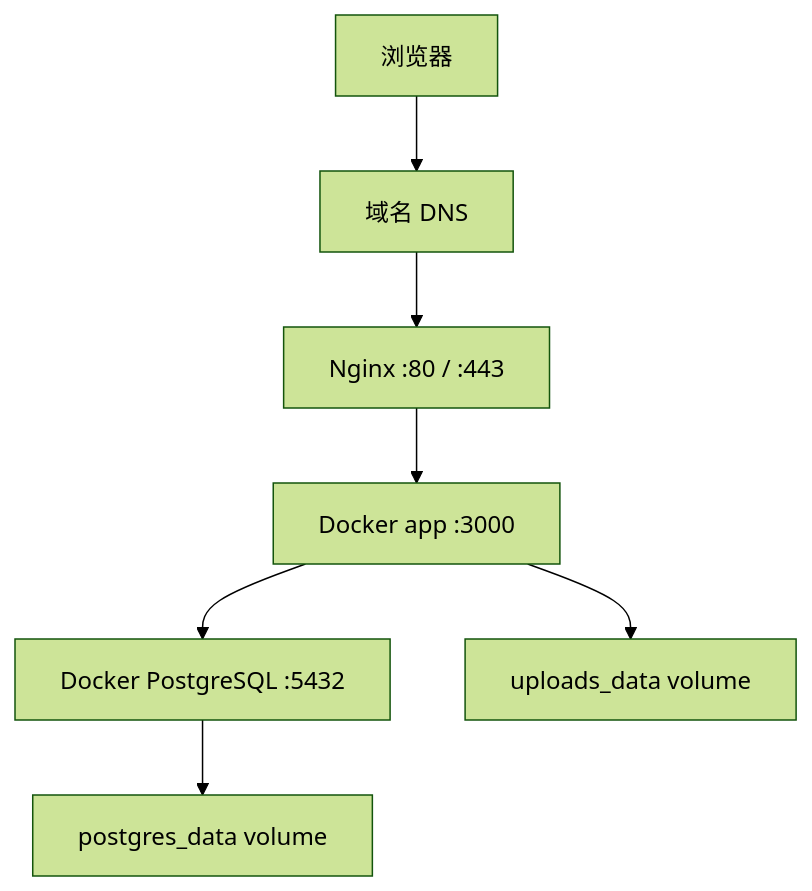
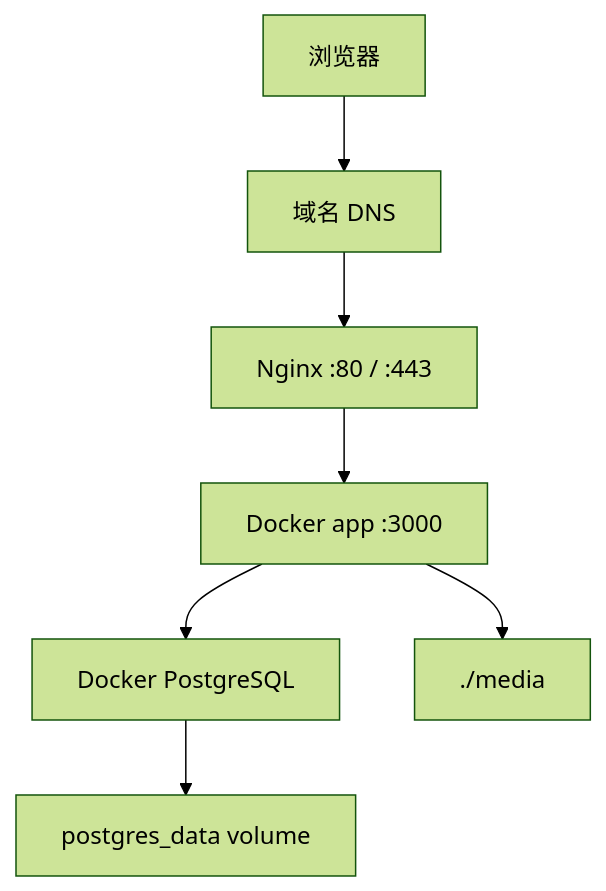
The diagram in docs/alicloud-docker-nginx-https-guide.md (duobaobox/blog-01), drawn with Mermaid (forest theme) before and after one commit. The commit also changed other lines of this file and 15 other files, not shown here.

````diff
--- a/docs/alicloud-docker-nginx-https-guide.md
+++ b/docs/alicloud-docker-nginx-https-guide.md
@@ -19,9 +12,9 @@
 ```mermaid
 flowchart TD
   User["浏览器"] --> DNS["域名 DNS"]
   DNS --> Nginx["Nginx :80 / :443"]
   Nginx --> App["Docker app :3000"]
-  App --> DB["Docker PostgreSQL :5432"]
-  App --> Uploads["uploads_data volume"]
+  App --> DB["Docker PostgreSQL"]
+  App --> Media["./media"]
   DB --> PgData["postgres_data volume"]
 ```
````
